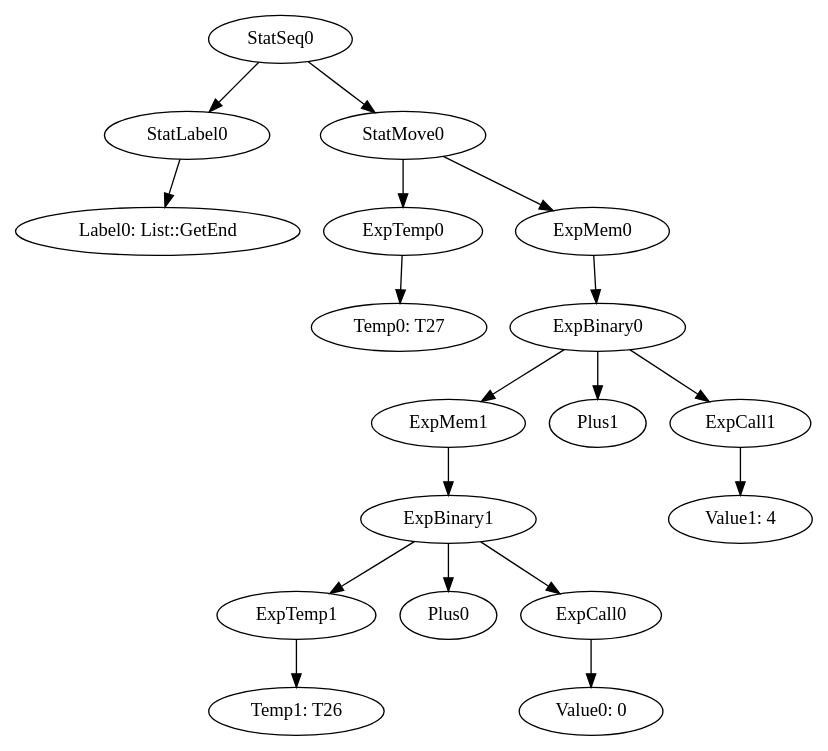
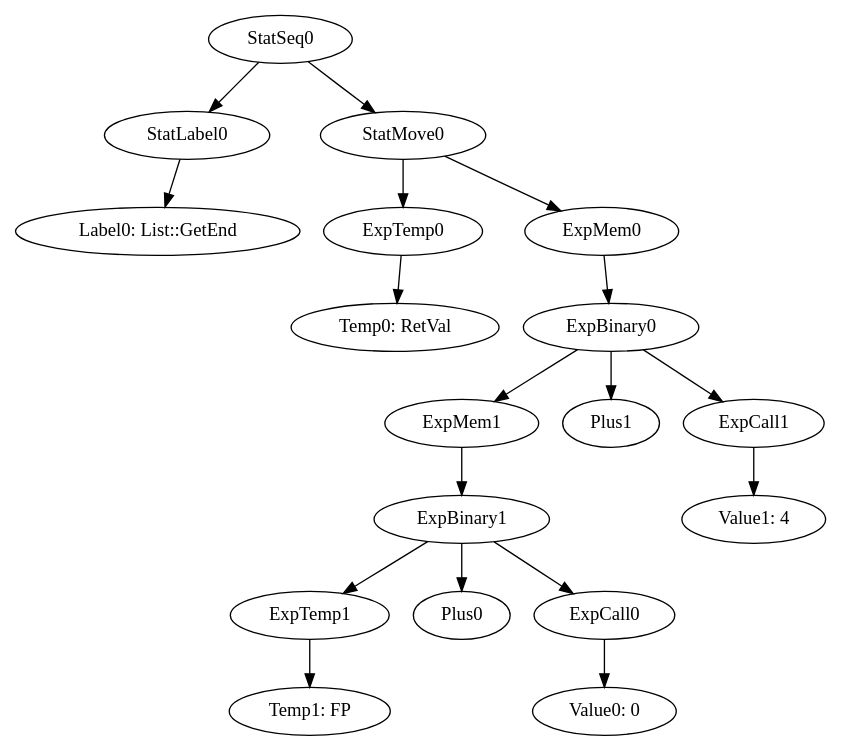
Before and after one commit to team-compilers/compilers: the diagram in MiniJava/results/SamplesCorrect/LinkedList/irt_List::GetEnd.gv, drawn with Graphviz. The commit also changed 167 other files, not shown here.

```diff
--- a/MiniJava/results/SamplesCorrect/LinkedList/irt_List::GetEnd.gv
+++ b/MiniJava/results/SamplesCorrect/LinkedList/irt_List::GetEnd.gv
@@ -1,20 +1,20 @@
 digraph {
 	ordering = out;
 	StatMove0 -> ExpTemp0;
 	StatMove0 -> ExpMem0;
 	ExpBinary0 -> ExpMem1;
 	ExpBinary0 -> Plus1;
 	ExpBinary0 -> ExpCall1;
 	ExpCall1 -> "Value1: 4";
-	ExpTemp0 -> "Temp0: T27";
+	ExpTemp0 -> "Temp0: RetVal";
 	StatSeq0 -> StatLabel0;
 	StatSeq0 -> StatMove0;
 	StatLabel0 -> "Label0: List::GetEnd";
-	ExpTemp1 -> "Temp1: T26";
+	ExpTemp1 -> "Temp1: FP";
 	ExpMem0 -> ExpBinary0;
 	ExpBinary1 -> ExpTemp1;
 	ExpBinary1 -> Plus0;
 	ExpBinary1 -> ExpCall0;
 	ExpCall0 -> "Value0: 0";
 	ExpMem1 -> ExpBinary1;
 }
```
